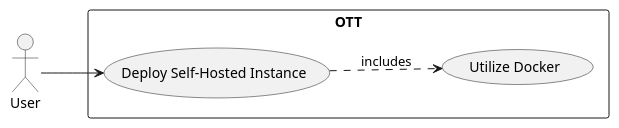
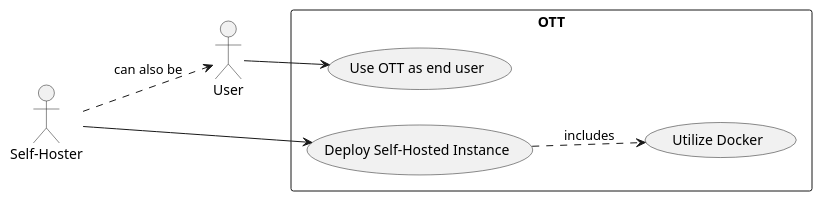
One commit to dyc3/senior-design changed the diagram in figures/use-case-self-host.puml. Above: the diagram before and after it, drawn with PlantUML. The commit also changed 6 other files, not shown here.

```diff
--- a/figures/use-case-self-host.puml
+++ b/figures/use-case-self-host.puml
@@ -1,10 +1,14 @@
 @startuml
 left to right direction
+actor "Self-Hoster" as hoster
 actor "User" as user
 rectangle OTT {
   usecase "Deploy Self-Hosted Instance" as UC1
   usecase "Utilize Docker" as UC1.1
+  usecase "Use OTT as end user" as UC2
 }
-user --> UC1
+hoster --> UC1
 UC1 --> UC1.1 #line.dashed : includes
+hoster --> user #line.dashed : can also be
+user --> UC2
 @enduml
```
